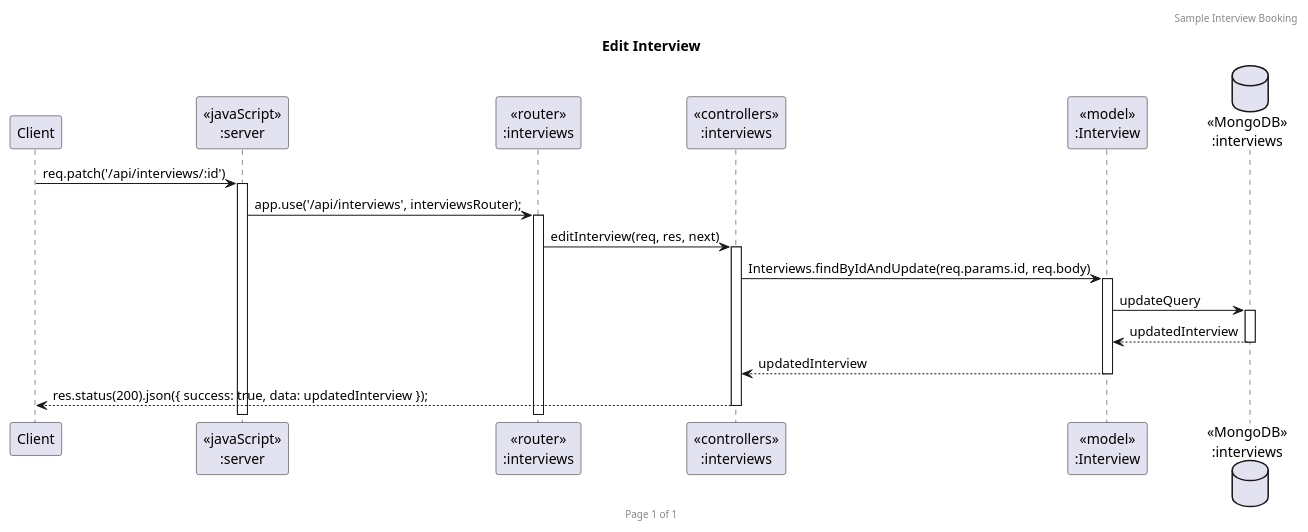
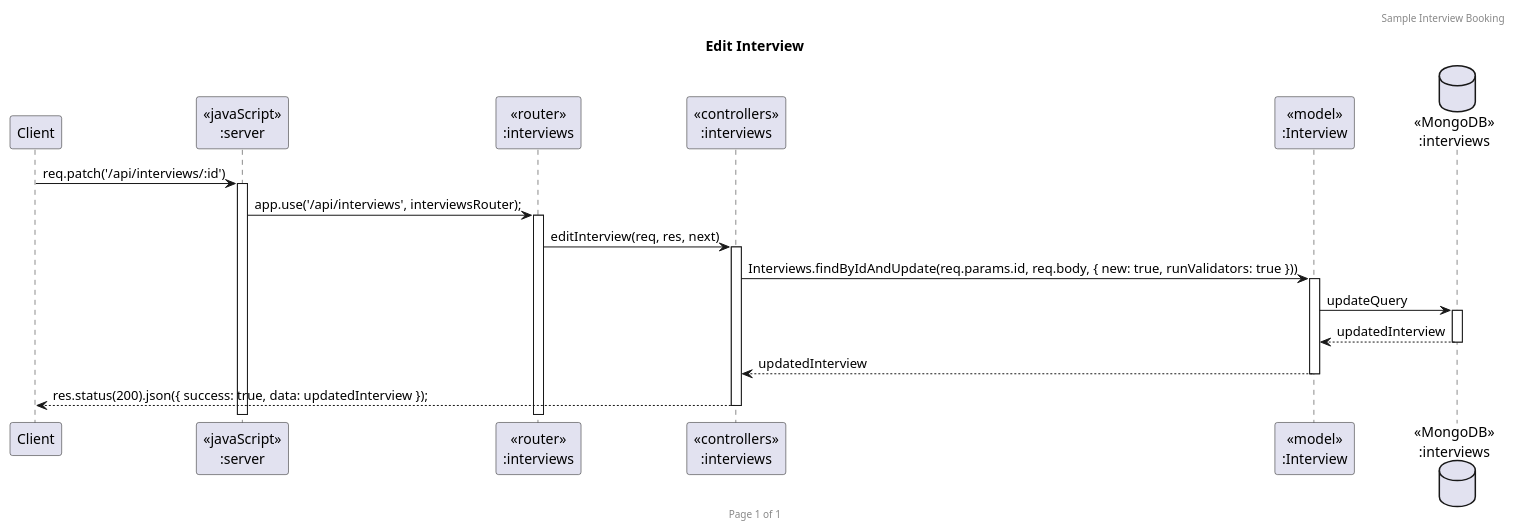
The diagram in docs/sequence_diagram/interviews/putOne.puml (K1EW/backend-swdevprac), drawn with PlantUML before and after one commit.

Commit message:
update put

```diff
--- a/docs/sequence_diagram/interviews/putOne.puml
+++ b/docs/sequence_diagram/interviews/putOne.puml
@@ -1,24 +1,24 @@
 @startuml Edit Interview (PUT ONE)
 
 header Sample Interview Booking
 footer Page %page% of %lastpage%
 title "Edit Interview"
 
 participant "Client" as client
 participant "<<javaScript>>\n:server" as server
 participant "<<router>>\n:interviews" as routerInterview
 participant "<<controllers>>\n:interviews" as controllersInterviews
 participant "<<model>>\n:Interview" as modelInterview
 database "<<MongoDB>>\n:interviews" as InterviewDatabase
 
 client->server ++: req.patch('/api/interviews/:id')
 server->routerInterview ++: app.use('/api/interviews', interviewsRouter);
 routerInterview -> controllersInterviews ++: editInterview(req, res, next)
 
-controllersInterviews->modelInterview ++: Interviews.findByIdAndUpdate(req.params.id, req.body)
+controllersInterviews->modelInterview ++: Interviews.findByIdAndUpdate(req.params.id, req.body, { new: true, runValidators: true }))
 modelInterview->InterviewDatabase ++: updateQuery
 InterviewDatabase-->modelInterview --: updatedInterview
 modelInterview-->controllersInterviews --: updatedInterview
 controllersInterviews-->client --: res.status(200).json({ success: true, data: updatedInterview });
 
 @enduml
```
